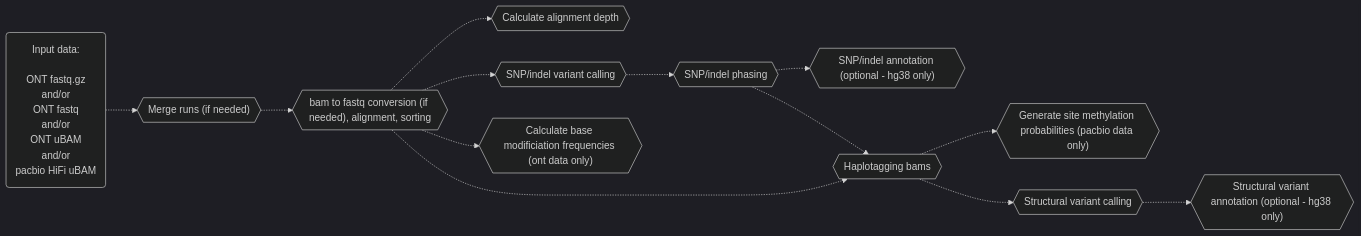
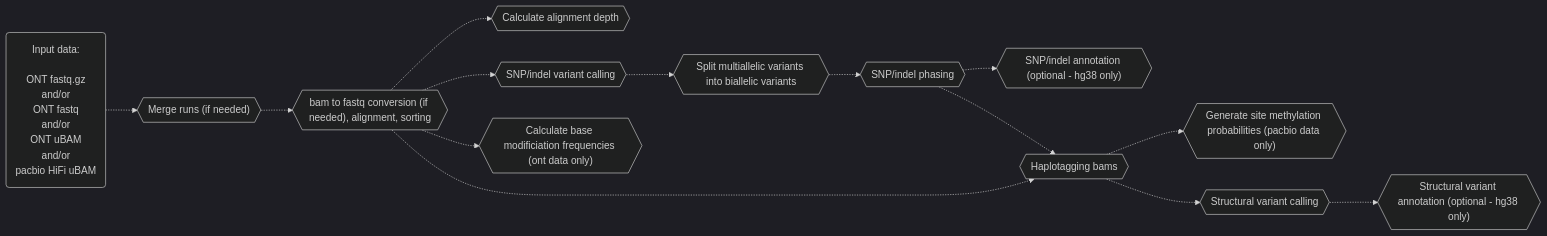
The first of 2 diagrams in README.md (leahkemp/pipeface), drawn with Mermaid before and after one commit. The commit also changed other lines of this file, not shown here.

Commit message:
update mermaid diagram

````diff
--- a/README.md
+++ b/README.md
@@ -17,26 +17,27 @@
 ```mermaid
 %%{init: {'theme':'dark'}}%%
 flowchart LR
 
 input_data("Input data: <br><br> ONT fastq.gz <br> and/or <br> ONT fastq <br> and/or <br> ONT uBAM <br> and/or <br> pacbio HiFi uBAM")
 merging{{"Merge runs (if needed)"}}
 alignment{{"bam to fastq conversion (if needed), alignment, sorting"}}
 depth{{"Calculate alignment depth"}}
 snp_indel_calling{{"SNP/indel variant calling"}}
+split_multiallele{{"Split multiallelic variants into biallelic variants"}}
 snp_indel_phasing{{"SNP/indel phasing"}}
 snp_indel_annotation{{"SNP/indel annotation (optional - hg38 only)"}}
 haplotagging{{"Haplotagging bams"}}
 calculate_base_mod_freqs{{"Calculate base modificiation frequencies (ont data only)"}}
 generate_meth_probs{{"Generate site methylation probabilities (pacbio data only)"}}
 sv_calling{{"Structural variant calling"}}
 sv_annotation{{"Structural variant annotation (optional - hg38 only)"}}
 
-input_data-.->merging-.->alignment-.->snp_indel_calling-.->snp_indel_phasing-.->haplotagging-.->sv_calling
+input_data-.->merging-.->alignment-.->snp_indel_calling-.->split_multiallele-.->snp_indel_phasing-.->haplotagging-.->sv_calling
 alignment-.->depth
 alignment-.->calculate_base_mod_freqs
 alignment-.->haplotagging
 haplotagging-.->generate_meth_probs
 snp_indel_phasing-.->snp_indel_annotation
 sv_calling-.->sv_annotation
 
 ```
````
